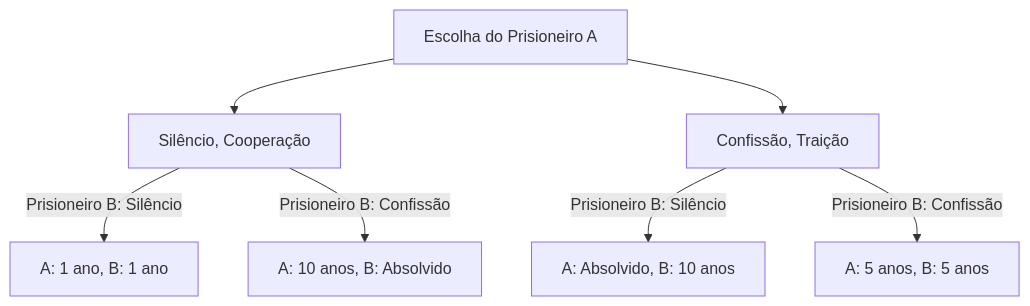
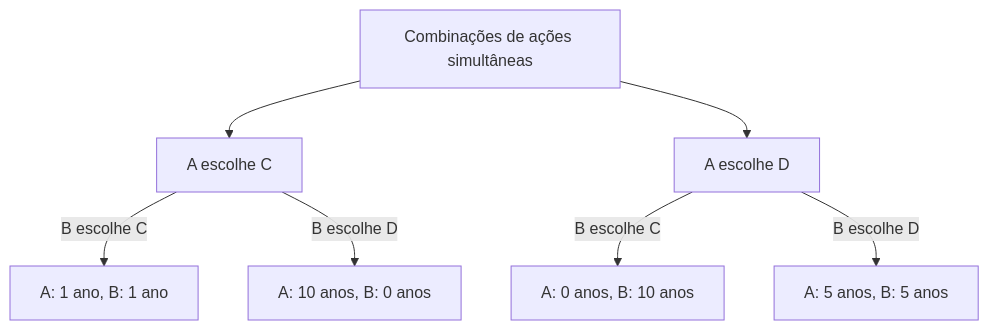
One commit to kenjinote/blog changed the first of 2 diagrams in content/post/paradox-prisoners-dilemma/index.pt.md. Above: the diagram before and after it, drawn with Mermaid. The commit also changed other lines of this file and 9 other files, not shown here.

````diff
--- a/content/post/paradox-prisoners-dilemma/index.pt.md
+++ b/content/post/paradox-prisoners-dilemma/index.pt.md
@@ -38,12 +35,9 @@
 ```mermaid
 graph TD
-    A["Escolha do Prisioneiro A"]
-    B["Silêncio, Cooperação"]
-    C["Confissão, Traição"]
-    A --> B
-    A --> C
-    B -- "Prisioneiro B: Silêncio" --> D["A: 1 ano, B: 1 ano"]
-    B -- "Prisioneiro B: Confissão" --> E["A: 10 anos, B: Absolvido"]
-    C -- "Prisioneiro B: Silêncio" --> F["A: Absolvido, B: 10 anos"]
-    C -- "Prisioneiro B: Confissão" --> G["A: 5 anos, B: 5 anos"]
+    Start["Combinações de ações simultâneas"] --> AC["A escolhe C"]
+    Start --> AD["A escolhe D"]
+    AC -->|"B escolhe C"| CC["A: 1 ano, B: 1 ano"]
+    AC -->|"B escolhe D"| CD["A: 10 anos, B: 0 anos"]
+    AD -->|"B escolhe C"| DC["A: 0 anos, B: 10 anos"]
+    AD -->|"B escolhe D"| DD["A: 5 anos, B: 5 anos"]
 ```
````
